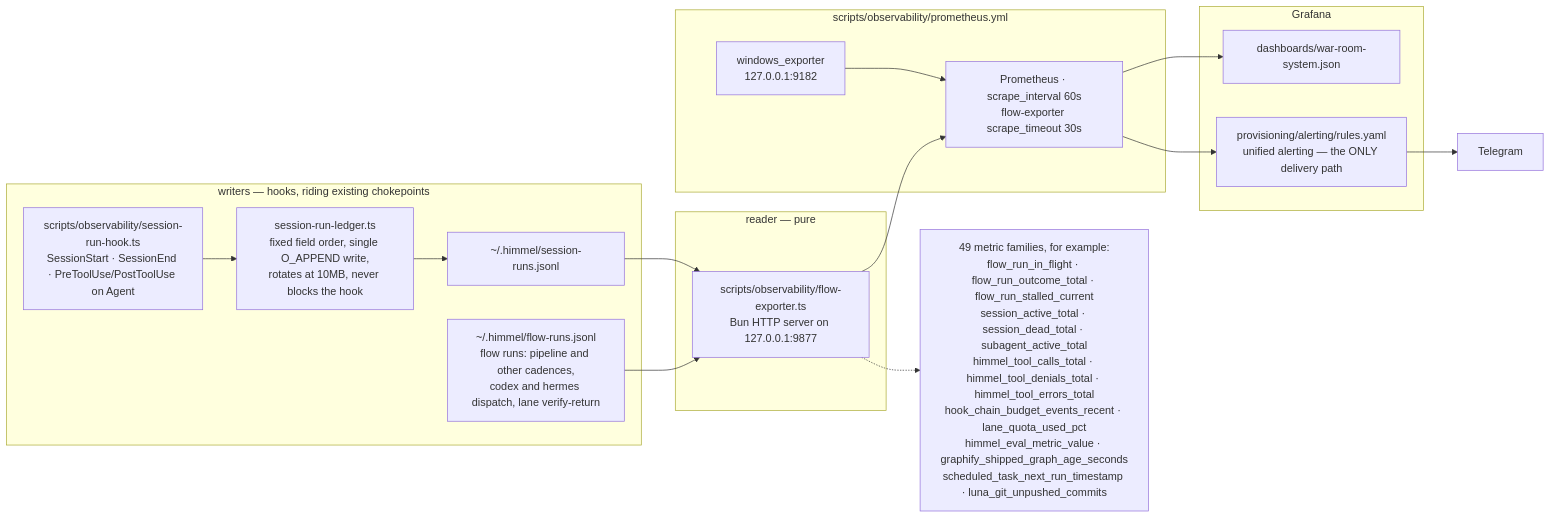
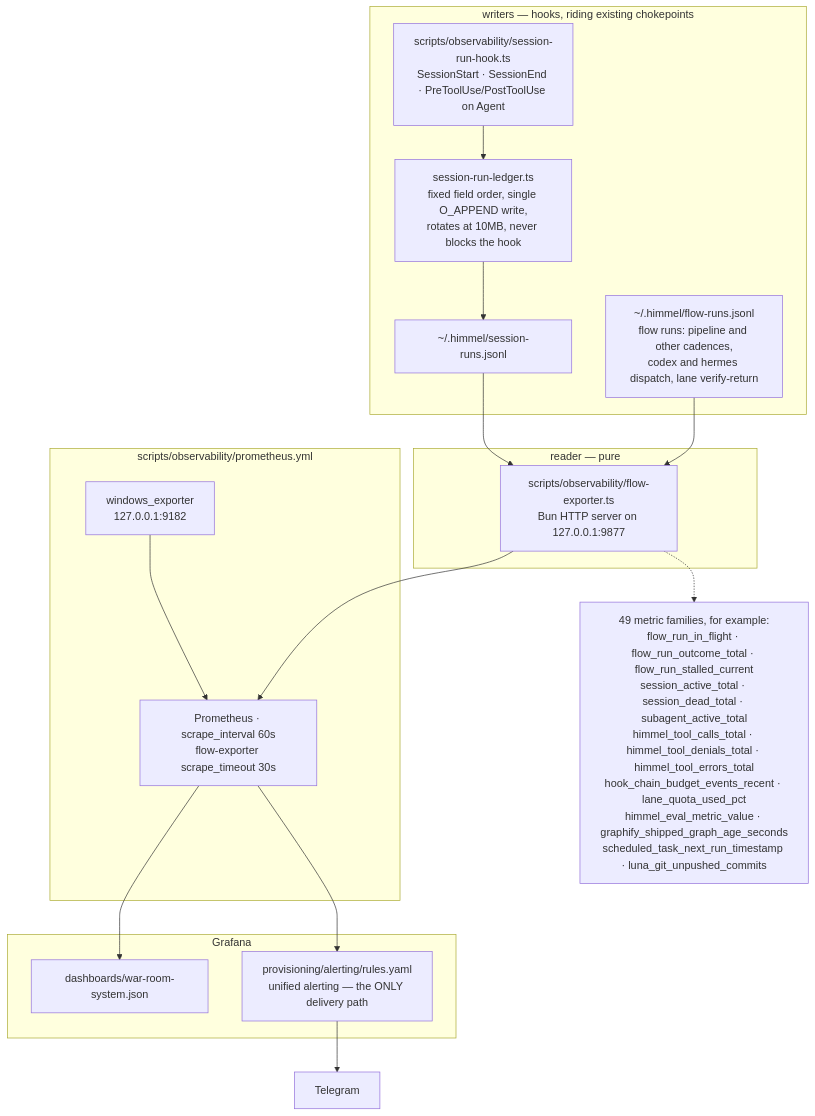
One commit to yotamleo-org/Himmel changed the fifth of 5 diagrams in docs/architecture.md. Above: the diagram before and after it, drawn with Mermaid. The commit also changed other lines of this file and 9 other files, not shown here.

````diff
--- a/docs/architecture.md
+++ b/docs/architecture.md
@@ -268,34 +278,34 @@
 ```mermaid
-flowchart LR
+flowchart TD
     subgraph WRITE["writers — hooks, riding existing chokepoints"]
         HK["scripts/observability/session-run-hook.ts<br/>SessionStart · SessionEnd · PreToolUse/PostToolUse on Agent"]
         SL["session-run-ledger.ts<br/>fixed field order, single O_APPEND write,<br/>rotates at 10MB, never blocks the hook"]
         LED["~/.himmel/session-runs.jsonl"]
         FLOW["~/.himmel/flow-runs.jsonl<br/>flow runs: pipeline and other cadences,<br/>codex and hermes dispatch, lane verify-return"]
         HK --> SL --> LED
     end
 
     subgraph READ["reader — pure"]
         EXP["scripts/observability/flow-exporter.ts<br/>Bun HTTP server on 127.0.0.1:9877"]
         LED --> EXP
         FLOW --> EXP
     end
 
     subgraph SCRAPE["scripts/observability/prometheus.yml"]
         PROM["Prometheus · scrape_interval 60s<br/>flow-exporter scrape_timeout 30s"]
         WEXP["windows_exporter<br/>127.0.0.1:9182"]
         EXP --> PROM
         WEXP --> PROM
     end
 
     subgraph VIEW["Grafana"]
         DASH["dashboards/war-room-system.json"]
         ALERT["provisioning/alerting/rules.yaml<br/>unified alerting — the ONLY delivery path"]
         PROM --> DASH
         PROM --> ALERT
     end
 
     ALERT --> TG["Telegram"]
 
     EXP -.-> M["49 metric families, for example:<br/>flow_run_in_flight · flow_run_outcome_total · flow_run_stalled_current<br/>session_active_total · session_dead_total · subagent_active_total<br/>himmel_tool_calls_total · himmel_tool_denials_total · himmel_tool_errors_total<br/>hook_chain_budget_events_recent · lane_quota_used_pct<br/>himmel_eval_metric_value · graphify_shipped_graph_age_seconds<br/>scheduled_task_next_run_timestamp · luna_git_unpushed_commits"]
 ```
````
